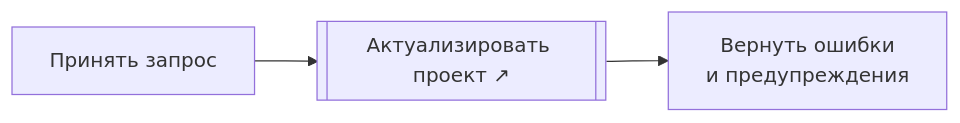
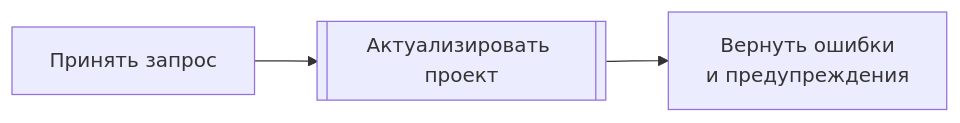
Before and after one commit to crimsongoldteam/nkdk: the sixth of 10 diagrams in .agents/architecture.md, drawn with Mermaid. The commit also changed other lines of this file and 1 other file, not shown here.

First line of the commit message:
docs: :memo: актуализировать архитектурный монитор

````diff
--- a/.agents/architecture.md
+++ b/.agents/architecture.md
@@ -165,4 +225,4 @@
 ```mermaid
 flowchart LR
-  request["Принять запрос"] --> refresh[["Актуализировать проект ↗"]] --> result["Вернуть ошибки<br/>и предупреждения"]
+  request["Принять запрос"] --> refresh[["Актуализировать проект"]] --> result["Вернуть ошибки<br/>и предупреждения"]
 ```
````
